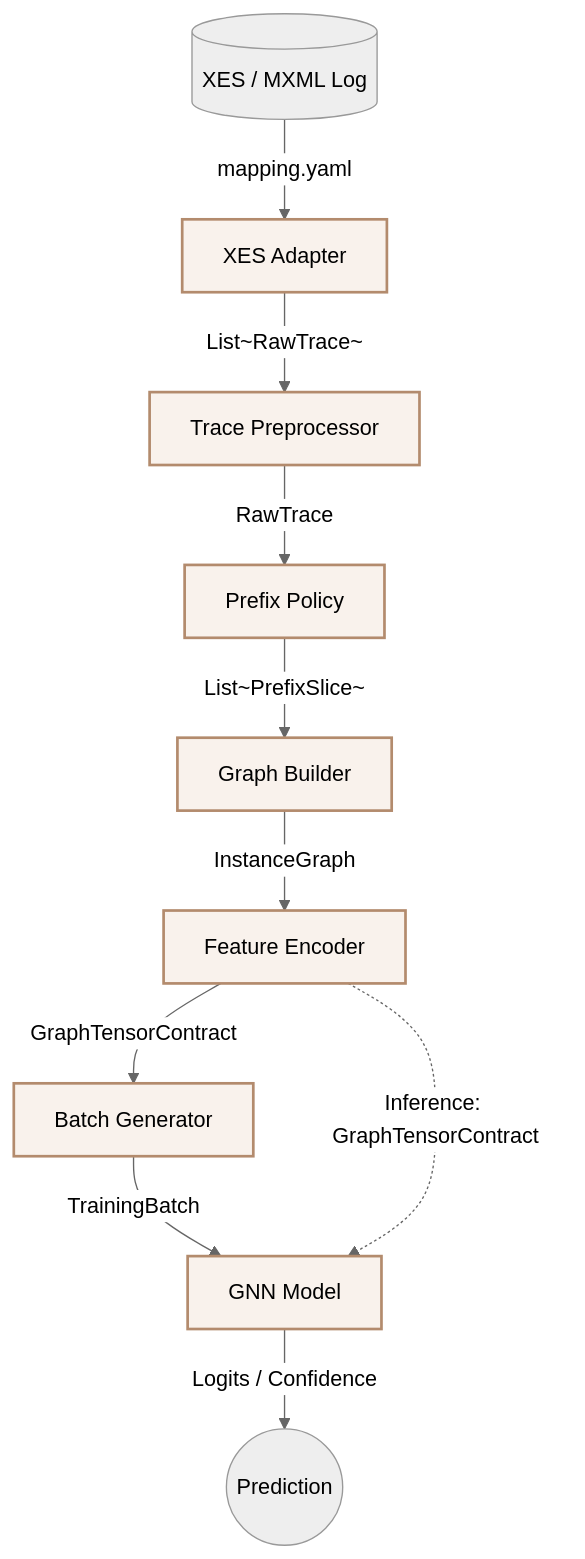
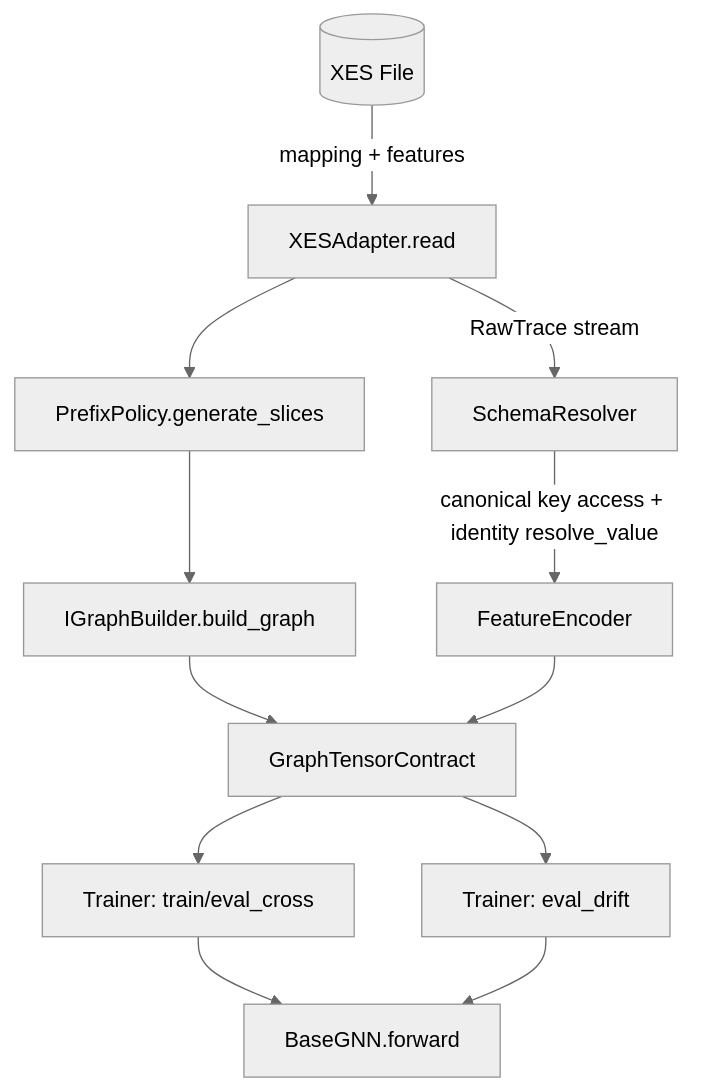
One commit to ghsrg/bpm_prediction changed the diagram in DATA_FLOWS_MVP1.MD. Above: the diagram before and after it, drawn with Mermaid (neutral theme). The commit also changed other lines of this file and 20 other files, not shown here.

Commit message:
docs: align target architecture and glossary

````diff
--- a/DATA_FLOWS_MVP1.MD
+++ b/DATA_FLOWS_MVP1.MD
@@ -13,31 +11,16 @@
 ```mermaid
 flowchart TD
-    %% External
-    Log[(XES / MXML Log)]
-    
-    %% Services (Nodes)
-    Adapter[XES Adapter]
-    Preproc[Trace Preprocessor]
-    Policy[Prefix Policy]
-    Builder[Graph Builder]
-    Encoder[Feature Encoder]
-    Batcher[Batch Generator]
-    Model[GNN Model]
+    Log[(XES File)] -->|mapping + features| Adapter[XESAdapter.read]
+    Adapter -->|RawTrace stream| Resolver[SchemaResolver]
+    Resolver -->|canonical key access + identity resolve_value| Encoder[FeatureEncoder]
 
-    %% Flow (Arrows as Data)
-    Log -->|mapping.yaml| Adapter
-    Adapter -->|List~RawTrace~| Preproc
-    Preproc -->|RawTrace| Policy
-    Policy -->|List~PrefixSlice~| Builder
-    Builder -->|InstanceGraph| Encoder
-    
-    %% Divergence: Train vs Inference
-    Encoder -->|GraphTensorContract| Batcher
-    Batcher -->|TrainingBatch| Model
-    
-    Encoder -.->|Inference: GraphTensorContract| Model
-    Model -->|Logits / Confidence| Output((Prediction))
-    
-    classDef service fill:#f9f2ec,stroke:#b38b6d,stroke-width:2px;
-    class Adapter,Preproc,Policy,Builder,Encoder,Batcher,Model service;
+    Adapter --> Prefix[PrefixPolicy.generate_slices]
+    Prefix --> Builder[IGraphBuilder.build_graph]
+    Builder --> Contract[GraphTensorContract]
+    Encoder --> Contract
+
+    Contract --> TrainPath[Trainer: train/eval_cross]
+    Contract --> DriftPath[Trainer: eval_drift]
+    TrainPath --> Model[BaseGNN.forward]
+    DriftPath --> Model
 ```
````
